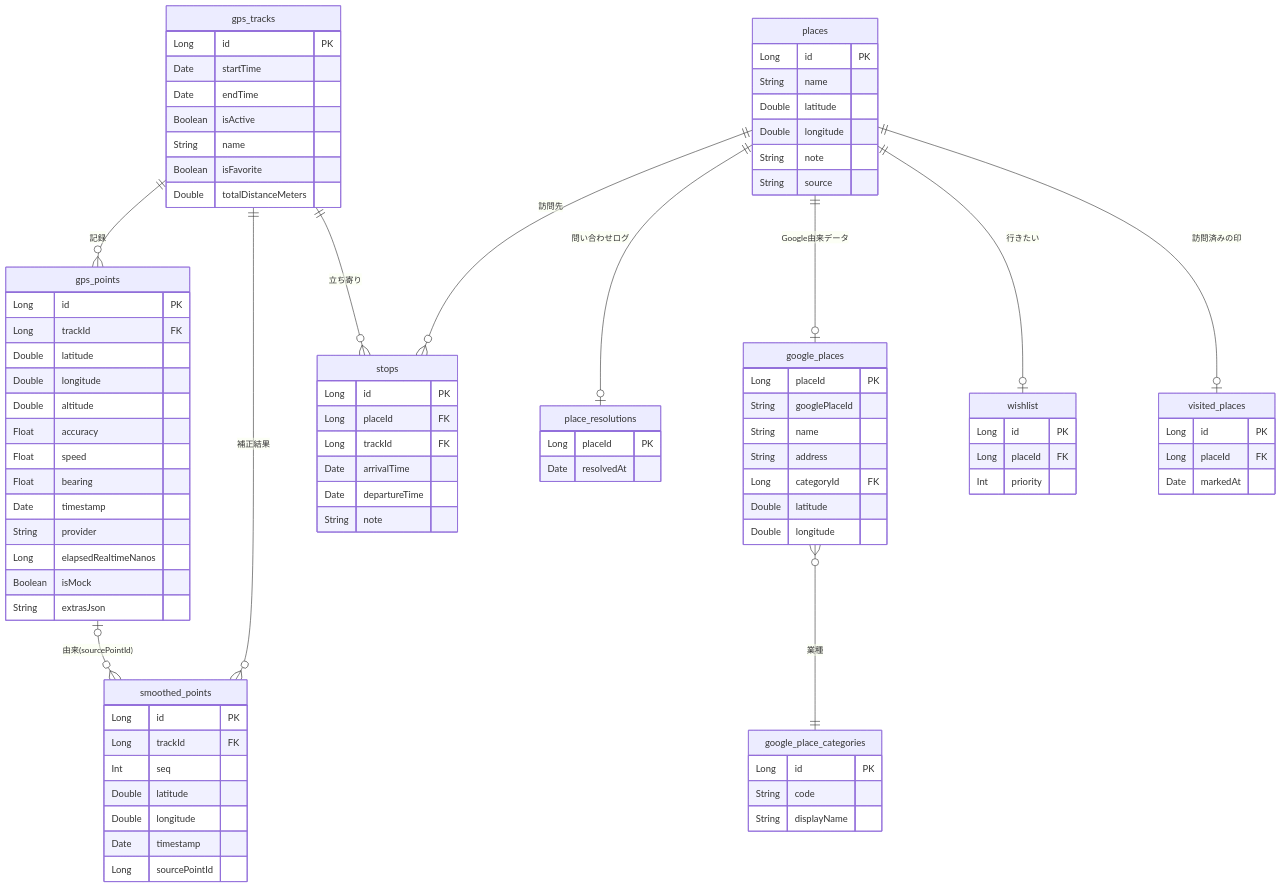
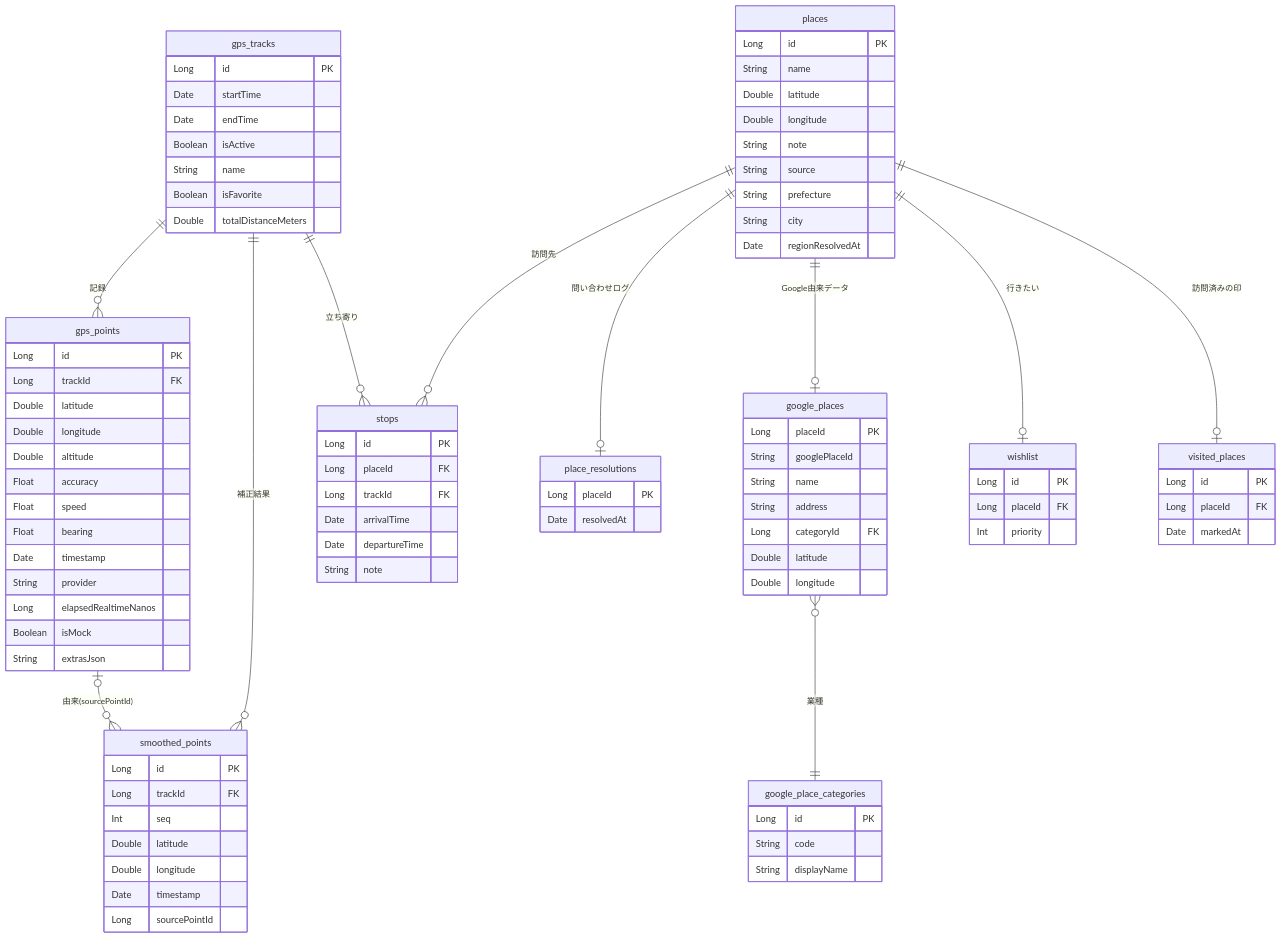
Before and after one commit to y-nosuke/pathly: the diagram in docs/specs/model.md, drawn with Mermaid. The commit also changed other lines of this file and 41 other files, not shown here.

```diff
--- a/docs/specs/model.md
+++ b/docs/specs/model.md
@@ -64,6 +64,9 @@
     Double longitude
     String note
     String source
+    String prefecture
+    String city
+    Date regionResolvedAt
   }
   stops {
     Long id PK
```
